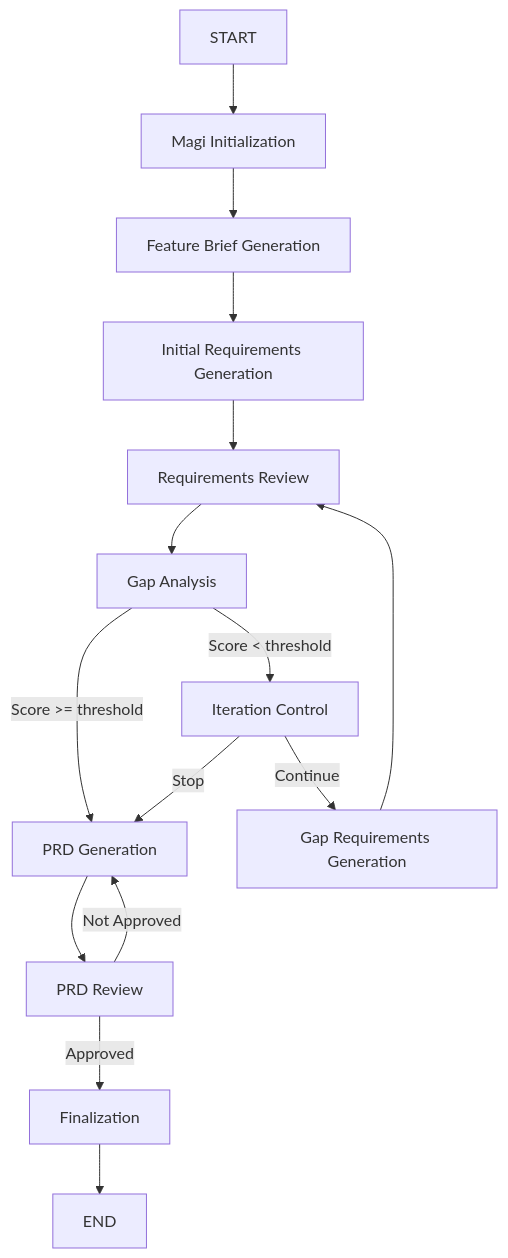
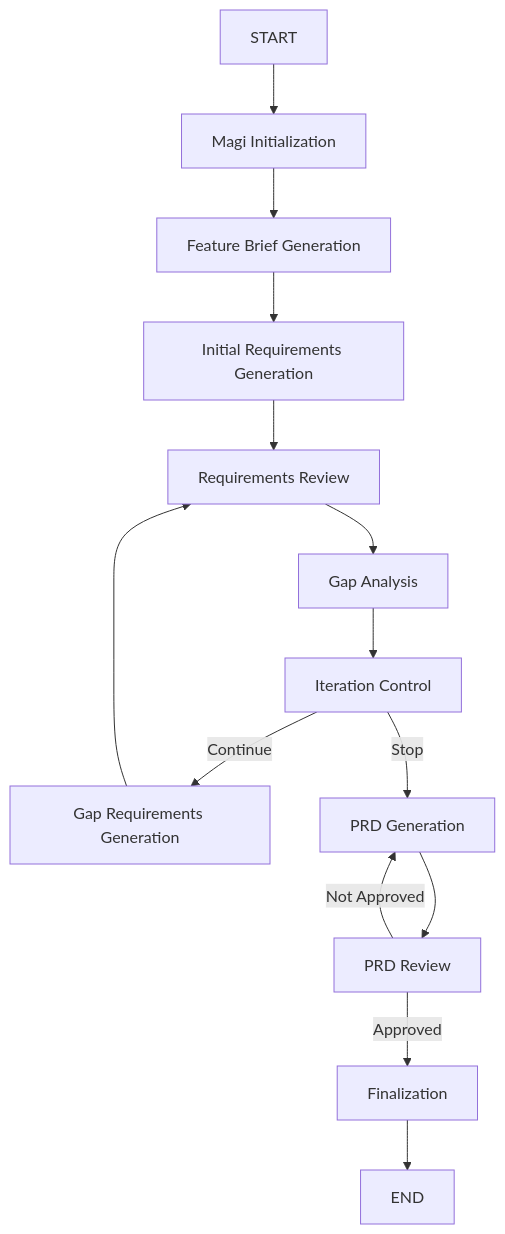
The diagram in docs/8_prd_workflow_architecture.md (forcedotcom/mobile-mcp-tools), drawn with Mermaid before and after one commit. The commit also changed other lines of this file, not shown here.

````diff
--- a/docs/8_prd_workflow_architecture.md
+++ b/docs/8_prd_workflow_architecture.md
@@ -33,23 +33,22 @@
 ```mermaid
 graph TD
     Start[START] --> Init[Magi Initialization]
     Init --> FB[Feature Brief Generation]
     FB --> IR[Initial Requirements Generation]
     IR --> RR[Requirements Review]
     RR --> GA[Gap Analysis]
     
-    GA -->|Score < threshold| IC[Iteration Control]
-    GA -->|Score >= threshold| PG[PRD Generation]
+    GA --> IC[Iteration Control]
     
     IC -->|Continue| GR[Gap Requirements Generation]
-    IC -->|Stop| PG
+    IC -->|Stop| PG[PRD Generation]
     
     GR --> RR
     
     PG --> PR[PRD Review]
     
     PR -->|Approved| F[Finalization]
     PR -->|Not Approved| PG
     
     F --> End[END]
 ```
````
